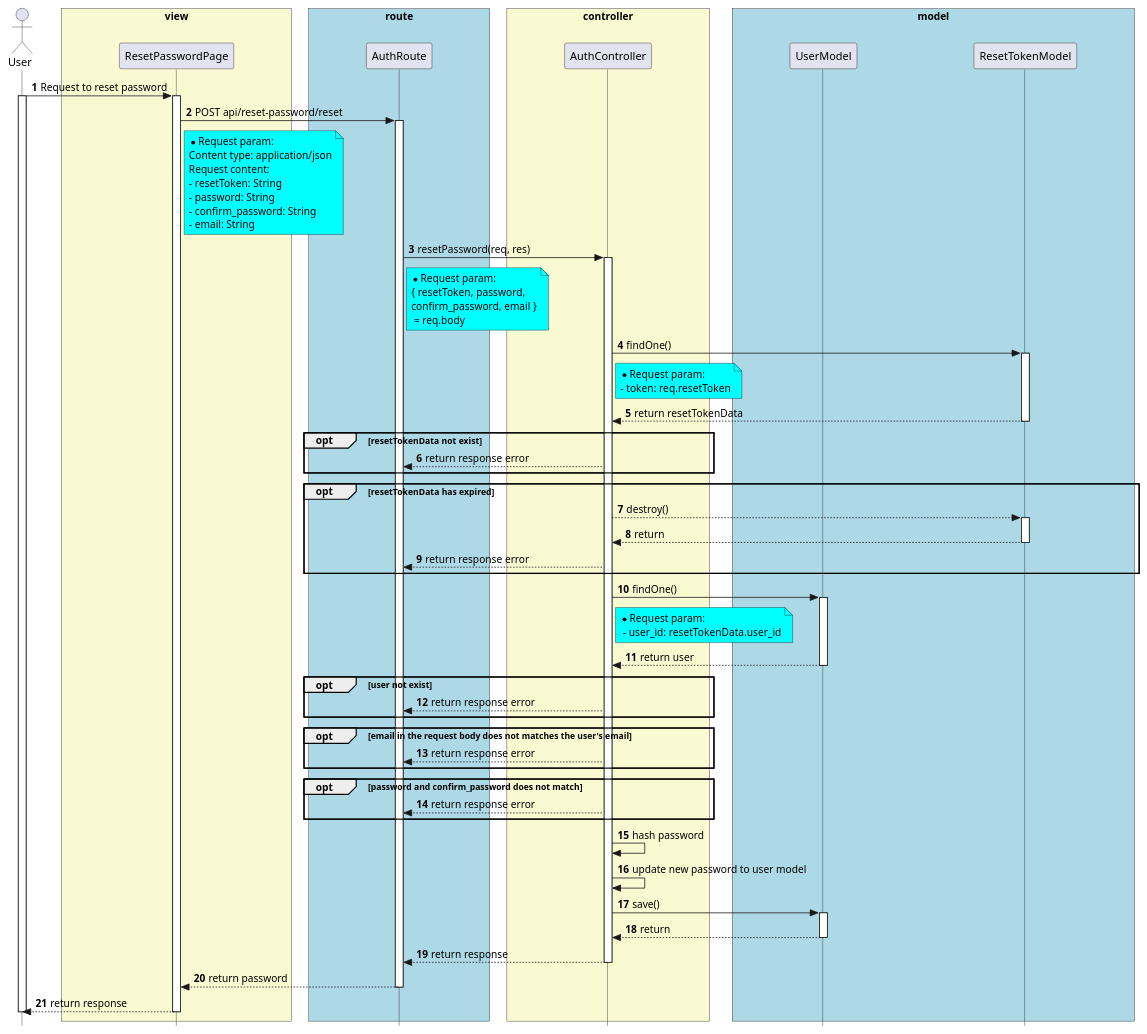
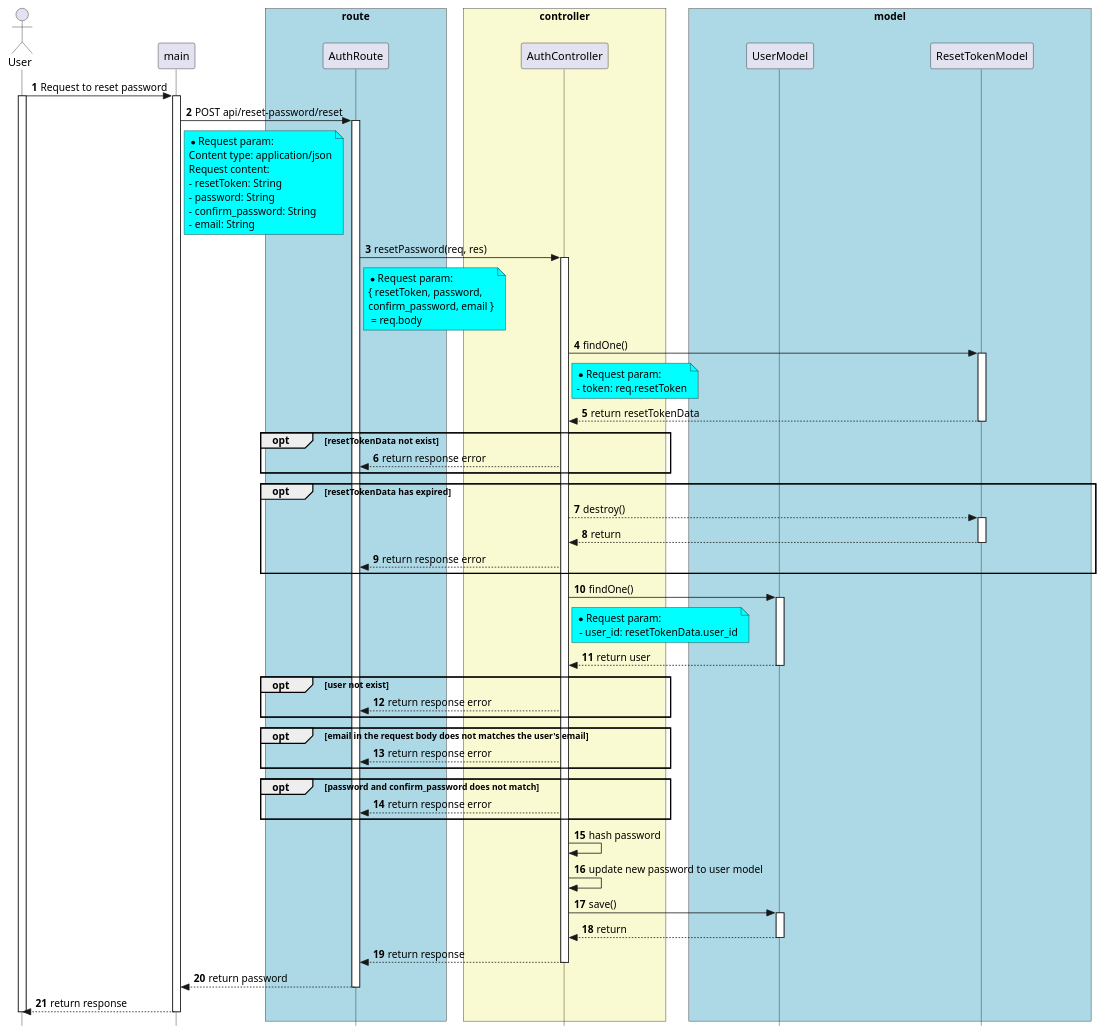
One commit to techcomrade/fmECG changed the diagram in diagram/sequence/API/auth/resetPassword.pu. Above: the diagram before and after it, drawn with PlantUML. The commit also changed 75 other files, not shown here.

```diff
--- a/diagram/sequence/API/auth/resetPassword.pu
+++ b/diagram/sequence/API/auth/resetPassword.pu
@@ -1,138 +1,136 @@
 @startuml
 
 
 skinparam style strictuml
 
 skinparam lifelineStrategy solid
 
 skinparam ParticipantPadding 70
 
 skinparam BoxPadding 10
 
 autonumber
 
 actor User as User
 
-box "view" #LightGoldenRodYellow
 
-participant ResetPasswordPage as ResetPasswordPage
+participant main as main
 
-end box
 
 
 box "route" #lightBlue
 
 participant AuthRoute as AuthRoute
 
 end box
 
 
 box "controller" #LightGoldenRodYellow
 participant AuthController as AuthController
 
 end box
 
 
 box "model" #lightBlue
 participant UserModel as UserModel
 participant ResetTokenModel as ResetTokenModel
 
 end box
 
 
-User -> ResetPasswordPage: Request to reset password
+User -> main: Request to reset password
 activate User
-activate ResetPasswordPage
+activate main
 
-ResetPasswordPage -> AuthRoute: POST api/reset-password/reset
+main -> AuthRoute: POST api/reset-password/reset
 activate AuthRoute
 
-note right of ResetPasswordPage #Aqua
+note right of main #Aqua
   * Request param:
   Content type: application/json
   Request content:
   - resetToken: String
   - password: String
   - confirm_password: String
   - email: String
 end note
 
 AuthRoute -> AuthController: resetPassword(req, res)
 note right of AuthRoute #Aqua
   * Request param:
   { resetToken, password,
   confirm_password, email }
    = req.body
 end note
 activate AuthController
 
 AuthController -> ResetTokenModel: findOne()
 note right of AuthController #Aqua
   * Request param:
   - token: req.resetToken
 end note
 
 activate ResetTokenModel
 
 ResetTokenModel --> AuthController: return resetTokenData
 deactivate ResetTokenModel
 opt resetTokenData not exist
   AuthController --> AuthRoute: return response error
 end
 
 opt resetTokenData has expired
   AuthController --> ResetTokenModel: destroy()
   activate ResetTokenModel
   ResetTokenModel --> AuthController: return
   deactivate ResetTokenModel
   AuthController --> AuthRoute: return response error
 end
 
 AuthController -> UserModel: findOne()
 note right of AuthController #Aqua
 * Request param:
  - user_id: resetTokenData.user_id
 end note
 activate UserModel
 UserModel --> AuthController: return user
 deactivate UserModel
 opt user not exist
   AuthController --> AuthRoute: return response error
 end
 
 opt email in the request body does not matches the user's email
   AuthController --> AuthRoute: return response error
 end
 
 opt password and confirm_password does not match
   AuthController --> AuthRoute: return response error
 end
 
 AuthController -> AuthController: hash password
 AuthController -> AuthController: update new password to user model
 
 AuthController -> UserModel: save()
 
 activate UserModel
 
 UserModel --> AuthController: return 
 
 deactivate UserModel
 
 AuthController --> AuthRoute: return response
 
 deactivate AuthController
 
-AuthRoute --> ResetPasswordPage: return password
+AuthRoute --> main: return password
 
 deactivate AuthRoute
 
-ResetPasswordPage --> User: return response
+main --> User: return response
 
-deactivate ResetPasswordPage
+deactivate main
 deactivate User
 
 
 
 
 @enduml
```
